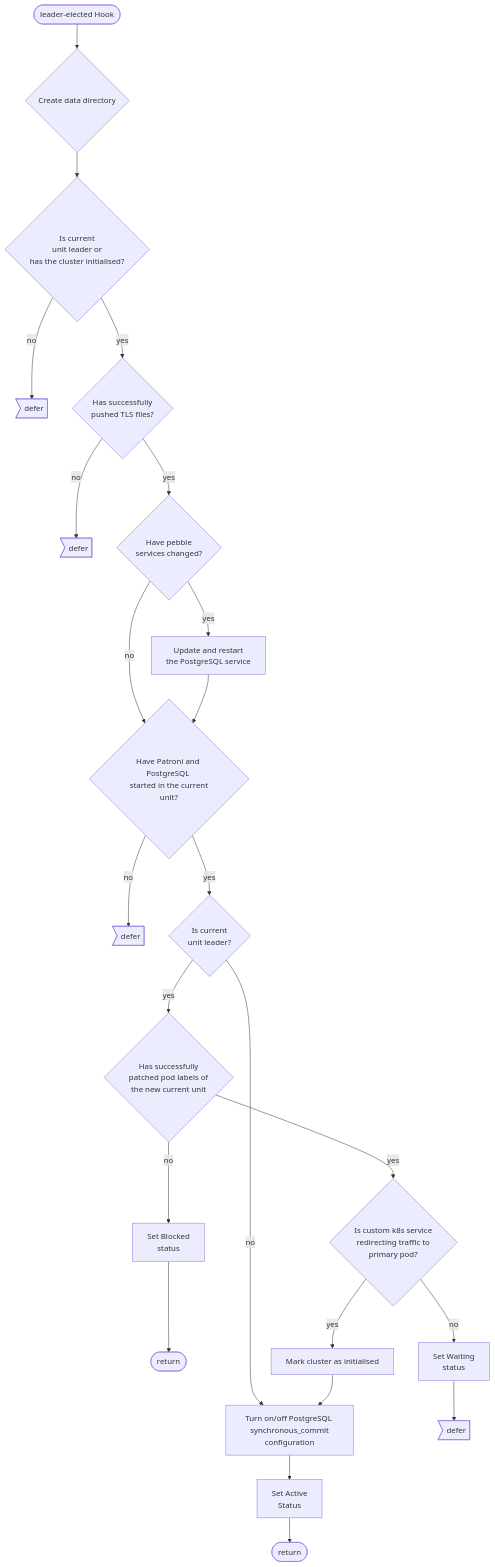
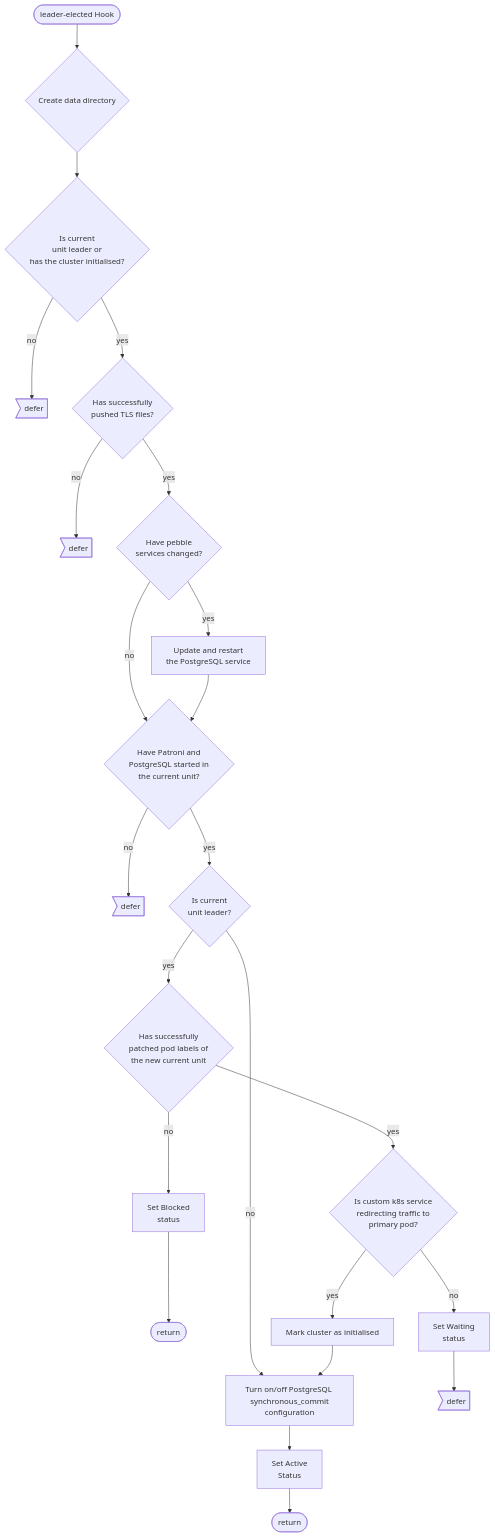
One commit to canonical/postgresql-k8s-operator changed the second of 2 diagrams in documentation/reference/charm.md. Above: the diagram before and after it, drawn with Mermaid.

````diff
--- a/documentation/reference/charm.md
+++ b/documentation/reference/charm.md
@@ -37,25 +37,25 @@
 ```mermaid
 flowchart TD
   hook_fired([leader-elected Hook]) --> create_pgdata{Create data directory}
   create_pgdata --> is_leader_or_has_cluster_initialised{Is current\nunit leader or \n has the cluster initialised?}
   is_leader_or_has_cluster_initialised -- no --> defer>defer]
   is_leader_or_has_cluster_initialised -- yes --> has_pushed_tls_files{Has successfully \n pushed TLS files?}
   has_pushed_tls_files -- no --> defer2>defer]
   has_pushed_tls_files -- yes --> has_services_changed{Have pebble \n services changed?}
   has_services_changed -- no --> has_member_started
   has_services_changed -- yes --> update_and_restart_service[Update and restart \n the PostgreSQL service]
-  update_and_restart_service --> has_member_started{Have Patroni and PostgreSQL \n started in the current unit?}
+  update_and_restart_service --> has_member_started{Have Patroni and \n PostgreSQL  started in \n the current unit?}
   has_member_started -- no --> defer3>defer]
   has_member_started -- yes --> is_leader{Is current\nunit leader?}
   is_leader -- no --> update_config
   is_leader -- yes --> has_patched_pod_labels{Has successfully \n patched pod labels of \n the new current unit}
   has_patched_pod_labels -- no --> set_blocked[Set Blocked\nstatus]
   set_blocked --> rtn([return])
   has_patched_pod_labels -- yes --> is_service_redirecting_traffic{Is custom k8s service \n redirecting traffic to \n primary pod?}
   is_service_redirecting_traffic -- no --> set_waiting[Set Waiting\nstatus]
   set_waiting --> defer4>defer]
   is_service_redirecting_traffic -- yes --> mark_cluster_as_initialised[Mark cluster as initialised]
   mark_cluster_as_initialised--> update_config[Turn on/off PostgreSQL \n synchronous_commit configuration]
   update_config --> set_active[Set Active\n Status]
   set_active --> rtn2([return])
 ```
````
